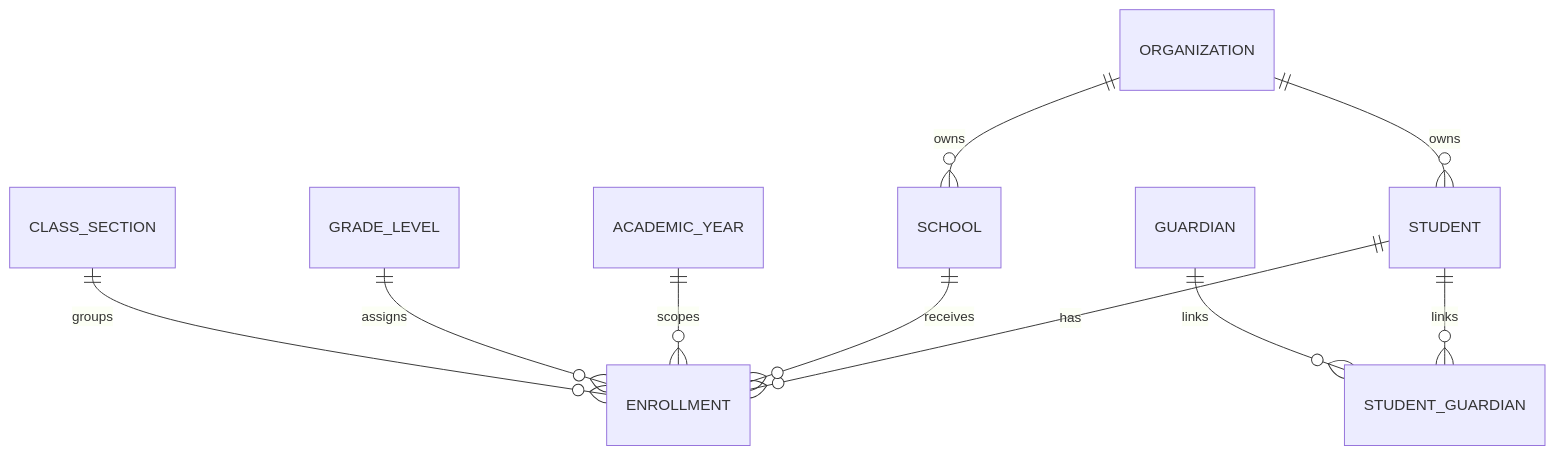
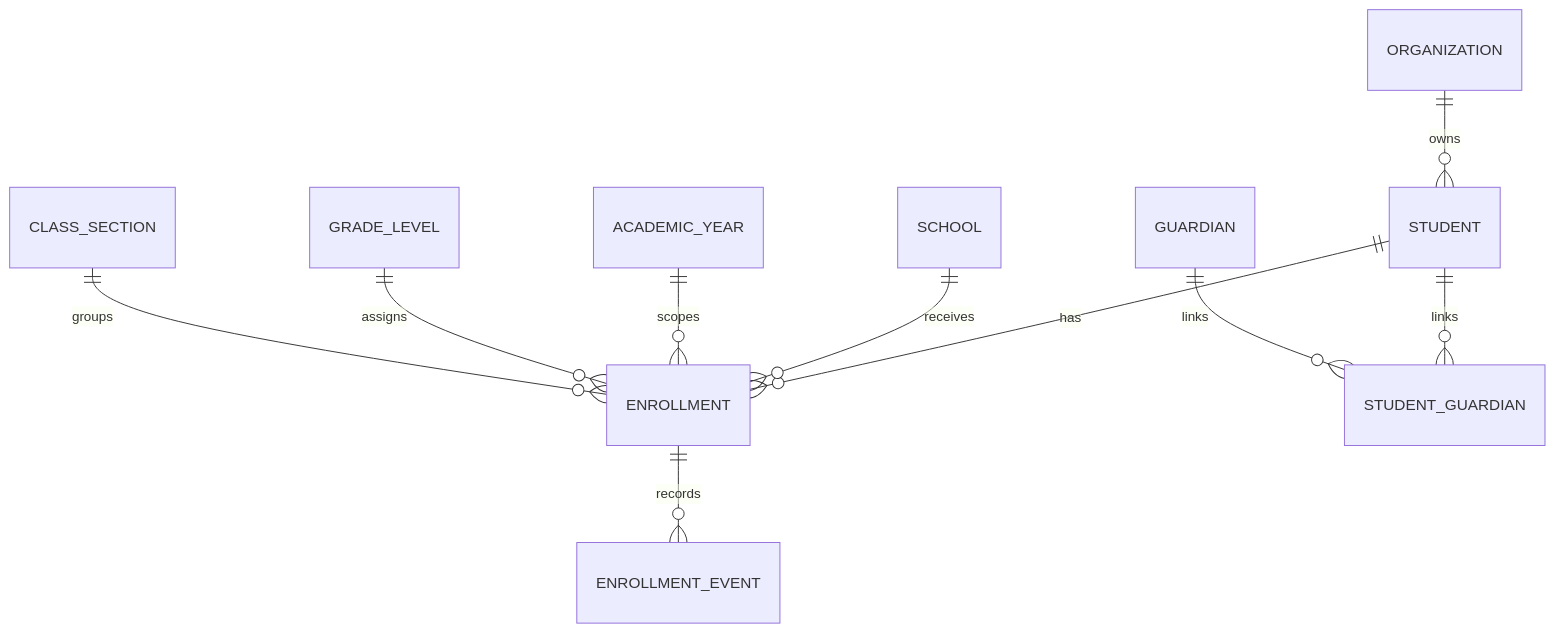
Before and after one commit to leonardo0231/hamamooz-platform: the second of 5 diagrams in Backend/docs/03-DATA_MODEL_FA.md, drawn with Mermaid. The commit also changed other lines of this file and 22 other files, not shown here.

````diff
--- a/Backend/docs/03-DATA_MODEL_FA.md
+++ b/Backend/docs/03-DATA_MODEL_FA.md
@@ -5,12 +36,12 @@
 ```mermaid
 erDiagram
-    ORGANIZATION ||--o{ SCHOOL : owns
     ORGANIZATION ||--o{ STUDENT : owns
     STUDENT ||--o{ ENROLLMENT : has
     SCHOOL ||--o{ ENROLLMENT : receives
     ACADEMIC_YEAR ||--o{ ENROLLMENT : scopes
     GRADE_LEVEL ||--o{ ENROLLMENT : assigns
     CLASS_SECTION ||--o{ ENROLLMENT : groups
     STUDENT ||--o{ STUDENT_GUARDIAN : links
     GUARDIAN ||--o{ STUDENT_GUARDIAN : links
+    ENROLLMENT ||--o{ ENROLLMENT_EVENT : records
 ```
````
